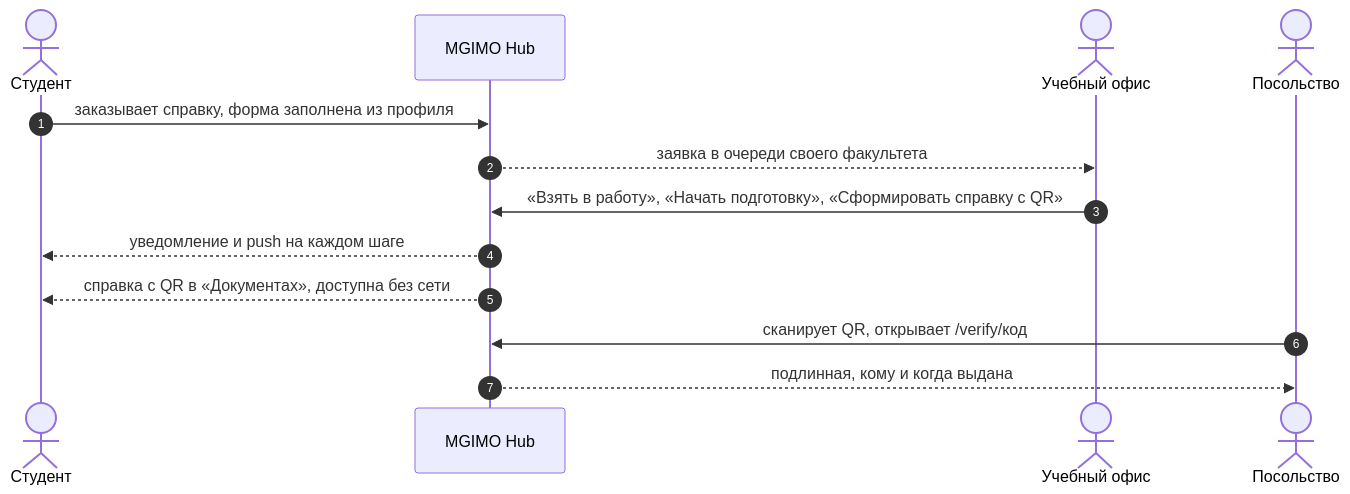
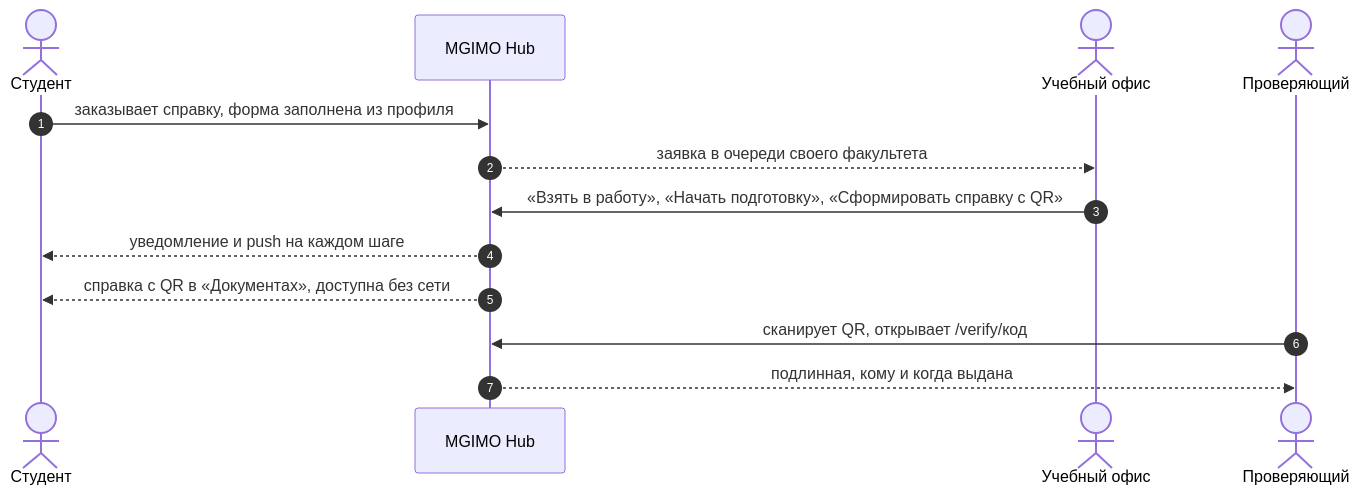
One commit to dudlecode/mgimo-hub changed the second of 2 diagrams in README.md. Above: the diagram before and after it, drawn with Mermaid. The commit also changed other lines of this file and 62 other files, not shown here.

````diff
--- a/README.md
+++ b/README.md
@@ -227,15 +227,15 @@
 ```mermaid
 sequenceDiagram
   autonumber
   actor S as Студент
   participant H as MGIMO Hub
   actor O as Учебный офис
-  actor V as Посольство
+  actor V as Проверяющий
   S->>H: заказывает справку, форма заполнена из профиля
   H-->>O: заявка в очереди своего факультета
   O->>H: «Взять в работу», «Начать подготовку», «Сформировать справку с QR»
   H-->>S: уведомление и push на каждом шаге
   H-->>S: справка с QR в «Документах», доступна без сети
   V->>H: сканирует QR, открывает /verify/код
   H-->>V: подлинная, кому и когда выдана
 ```
````
